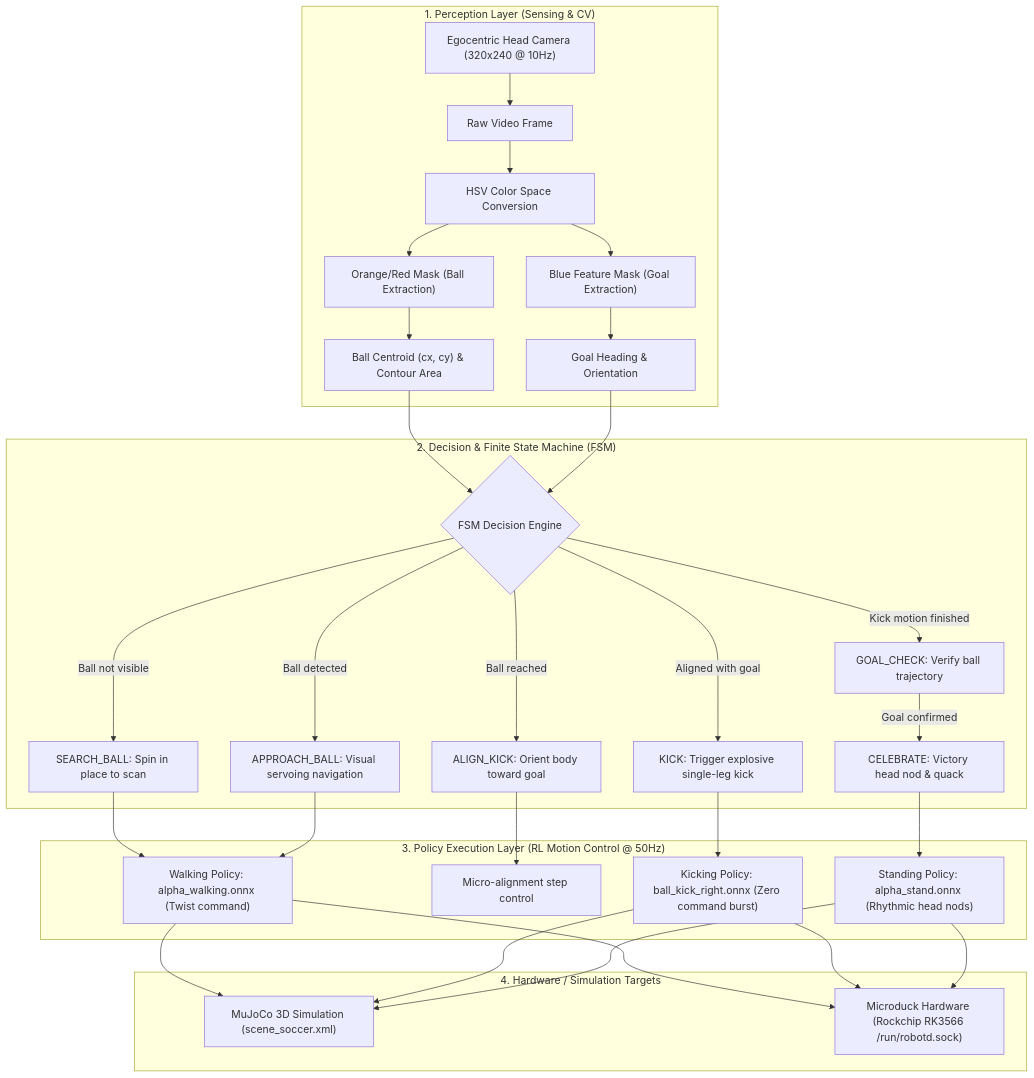
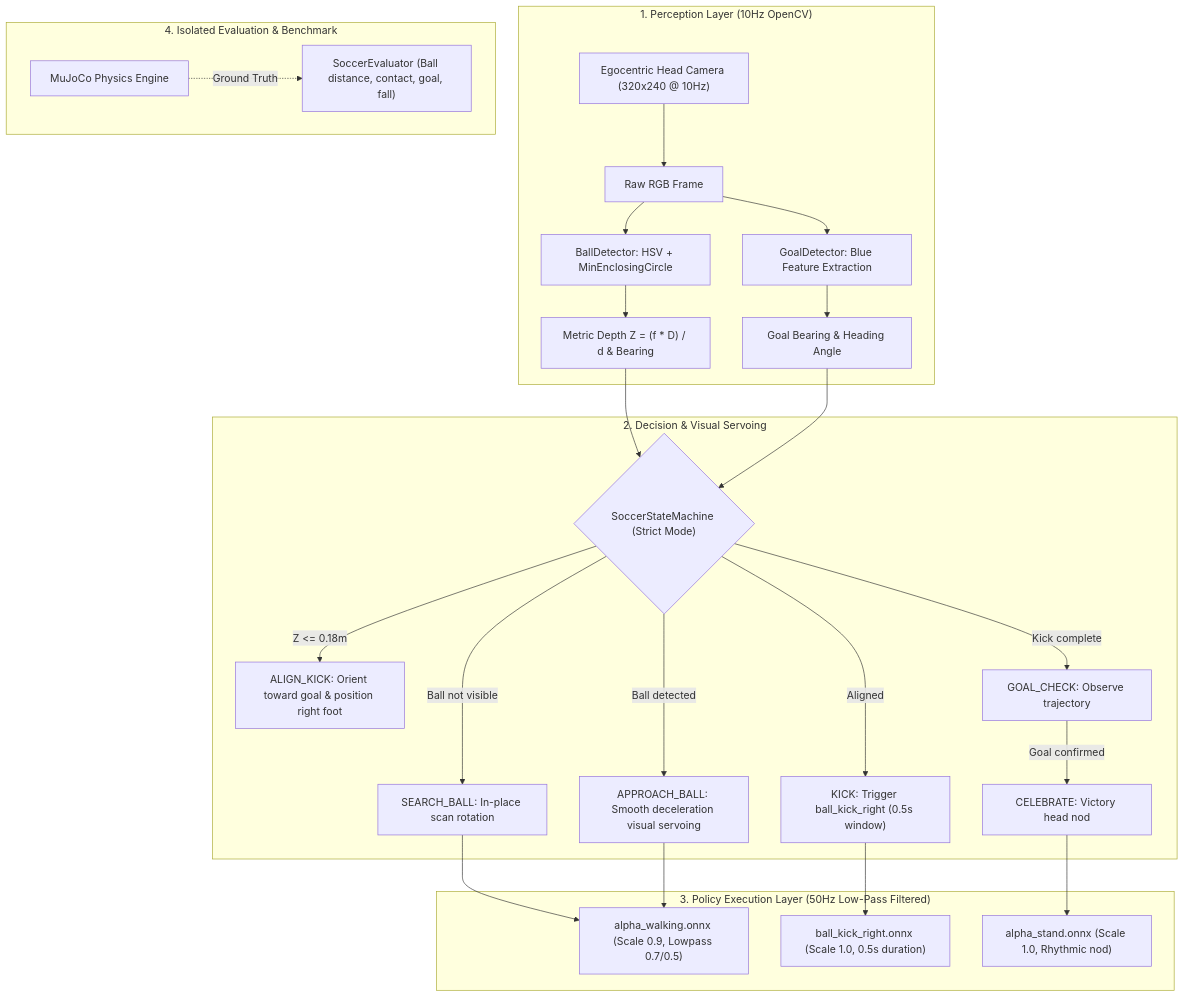
Before and after one commit to toyhank/microduck: the diagram in README.md, drawn with Mermaid. The commit also changed other lines of this file and 17 other files, not shown here.

Commit message:
feat: Add strict vision-only control, monocular depth estimation, benchmark suite, and official RPC compliance

````diff
--- a/README.md
+++ b/README.md
@@ -39,33 +40,30 @@
 ```mermaid
 flowchart TD
-    subgraph SENSE ["1. Perception Layer (Sensing & CV)"]
-        Cam["Egocentric Head Camera (320x240 @ 10Hz)"] --> BGR["Raw Video Frame"]
-        BGR --> HSV["HSV Color Space Conversion"]
-        HSV --> MaskBall["Orange/Red Mask (Ball Extraction)"]
-        HSV --> MaskGoal["Blue Feature Mask (Goal Extraction)"]
-        MaskBall --> CentroidBall["Ball Centroid (cx, cy) & Contour Area"]
-        MaskGoal --> CentroidGoal["Goal Heading & Orientation"]
+    subgraph SENSE ["1. Perception Layer (10Hz OpenCV)"]
+        Cam["Egocentric Head Camera (320x240 @ 10Hz)"] --> BGR["Raw RGB Frame"]
+        BGR --> BallDet["BallDetector: HSV + MinEnclosingCircle"]
+        BGR --> GoalDet["GoalDetector: Blue Feature Extraction"]
+        BallDet --> Depth["Metric Depth Z = (f * D) / d & Bearing"]
+        GoalDet --> GoalBearing["Goal Bearing & Heading Angle"]
     end
 
-    subgraph BRAIN ["2. Decision & Finite State Machine (FSM)"]
-        CentroidBall & CentroidGoal --> FSM{"FSM Decision Engine"}
-        FSM -->|Ball not visible| S1["SEARCH_BALL: Spin in place to scan"]
-        FSM -->|Ball detected| S2["APPROACH_BALL: Visual servoing navigation"]
-        FSM -->|Ball reached| S3["ALIGN_KICK: Orient body toward goal"]
-        FSM -->|Aligned with goal| S4["KICK: Trigger explosive single-leg kick"]
-        FSM -->|Kick motion finished| S5["GOAL_CHECK: Verify ball trajectory"]
-        S5 -->|Goal confirmed| S6["CELEBRATE: Victory head nod & quack"]
+    subgraph BRAIN ["2. Decision & Visual Servoing"]
+        Depth & GoalBearing --> FSM{"SoccerStateMachine (Strict Mode)"}
+        FSM -->|Ball not visible| S1["SEARCH_BALL: In-place scan rotation"]
+        FSM -->|Ball detected| S2["APPROACH_BALL: Smooth deceleration visual servoing"]
+        FSM -->|Z <= 0.18m| S3["ALIGN_KICK: Orient toward goal & position right foot"]
+        FSM -->|Aligned| S4["KICK: Trigger ball_kick_right (0.5s window)"]
+        FSM -->|Kick complete| S5["GOAL_CHECK: Observe trajectory"]
+        S5 -->|Goal confirmed| S6["CELEBRATE: Victory head nod"]
     end
 
-    subgraph ACT ["3. Policy Execution Layer (RL Motion Control @ 50Hz)"]
-        S1 & S2 --> WalkPol["Walking Policy: alpha_walking.onnx (Twist command)"]
-        S3 --> AlignPol["Micro-alignment step control"]
-        S4 --> KickPol["Kicking Policy: ball_kick_right.onnx (Zero command burst)"]
-        S6 --> StandPol["Standing Policy: alpha_stand.onnx (Rhythmic head nods)"]
+    subgraph ACT ["3. Policy Execution Layer (50Hz Low-Pass Filtered)"]
+        S1 & S2 --> WalkPol["alpha_walking.onnx (Scale 0.9, Lowpass 0.7/0.5)"]
+        S4 --> KickPol["ball_kick_right.onnx (Scale 1.0, 0.5s duration)"]
+        S6 --> StandPol["alpha_stand.onnx (Scale 1.0, Rhythmic nod)"]
     end
 
-    subgraph PLATFORM ["4. Hardware / Simulation Targets"]
-        WalkPol & KickPol & StandPol --> MuJoCoSim["MuJoCo 3D Simulation (scene_soccer.xml)"]
-        WalkPol & KickPol & StandPol --> RealDuck["Microduck Hardware (Rockchip RK3566 /run/robotd.sock)"]
+    subgraph EVAL ["4. Isolated Evaluation & Benchmark"]
+        MuJoCo["MuJoCo Physics Engine"] -. Ground Truth .-> Eval["SoccerEvaluator (Ball distance, contact, goal, fall)"]
     end
 ```
````
